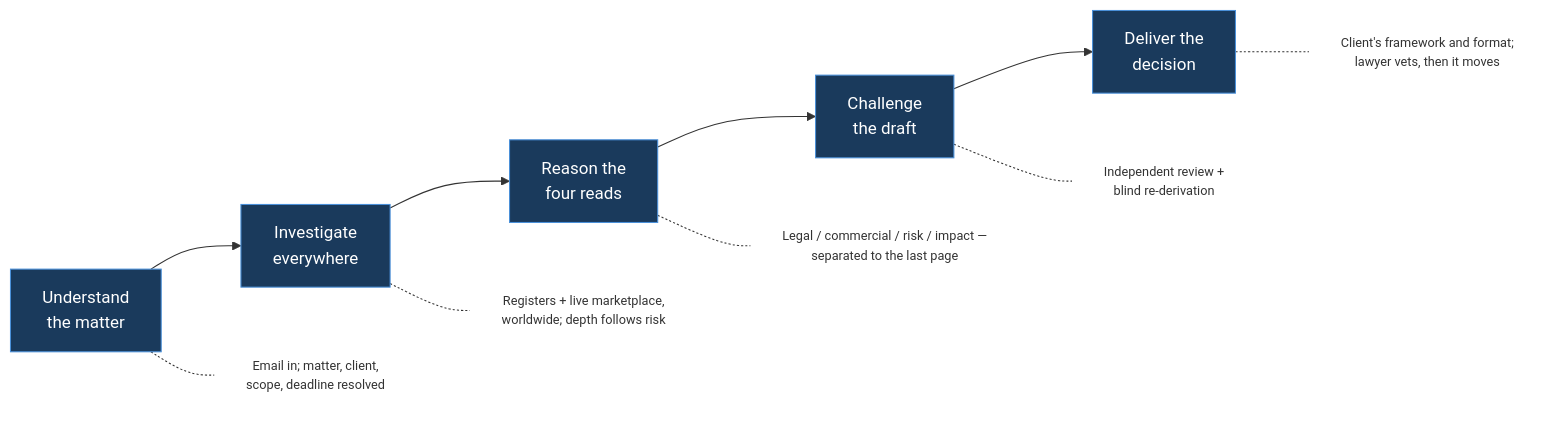
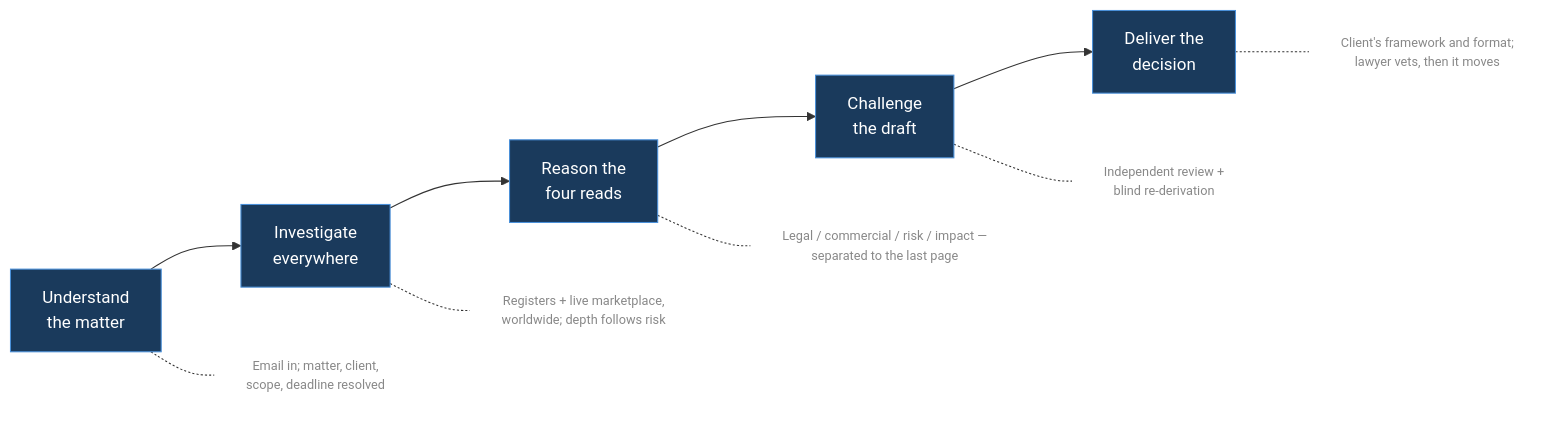
One commit to CordilleraSarl/clearotron changed the diagram in docs/architecture/01-product-overview.md. Above: the diagram before and after it, drawn with Mermaid. The commit also changed other lines of this file and 252 other files, not shown here.

````diff
--- a/docs/architecture/01-product-overview.md
+++ b/docs/architecture/01-product-overview.md
@@ -43,18 +43,18 @@
 ```mermaid
 flowchart LR
     A["Understand<br/>the matter"] --> B["Investigate<br/>everywhere"]
     B --> C["Reason the<br/>four reads"]
     C --> D["Challenge<br/>the draft"]
     D --> E["Deliver the<br/>decision"]
 
     A -.- a2["Email in; matter, client,<br/>scope, deadline resolved"]
     B -.- b2["Registers + live marketplace,<br/>worldwide; depth follows risk"]
     C -.- c2["Legal / commercial / risk / impact —<br/>separated to the last page"]
     D -.- d2["Independent review +<br/>blind re-derivation"]
     E -.- e2["Client's framework and format;<br/>lawyer vets, then it moves"]
 
     classDef phase fill:#1a3a5c,stroke:#4a90d9,color:#fff
-    classDef note fill:none,stroke:none,color:tracker issue 888,font-size:12px
+    classDef note fill:none,stroke:none,color:#888,font-size:12px
     class A,B,C,D,E phase
     class a2,b2,c2,d2,e2 note
 ```
````
